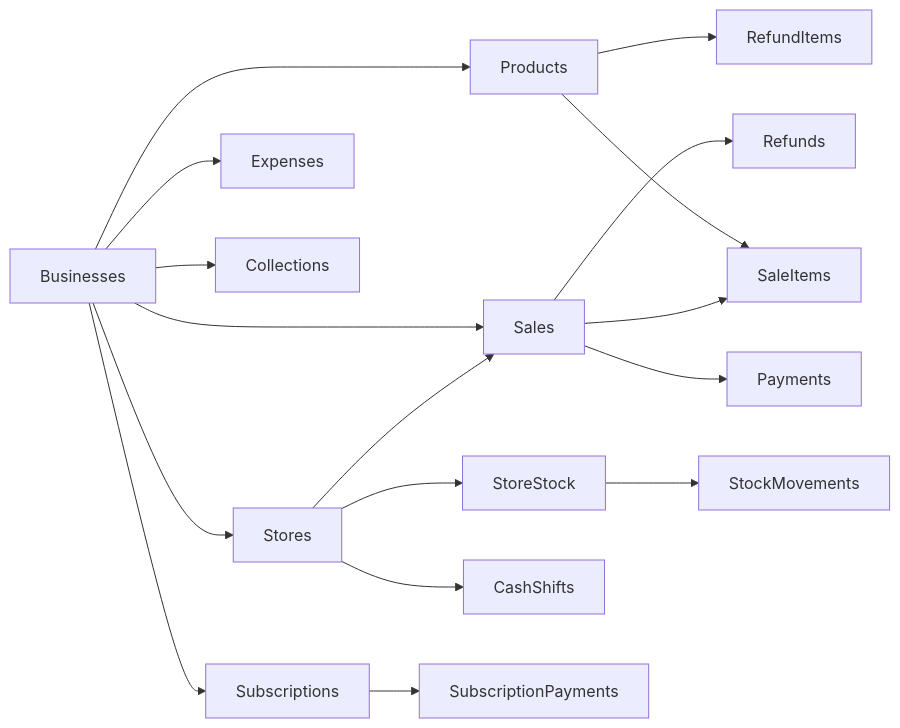
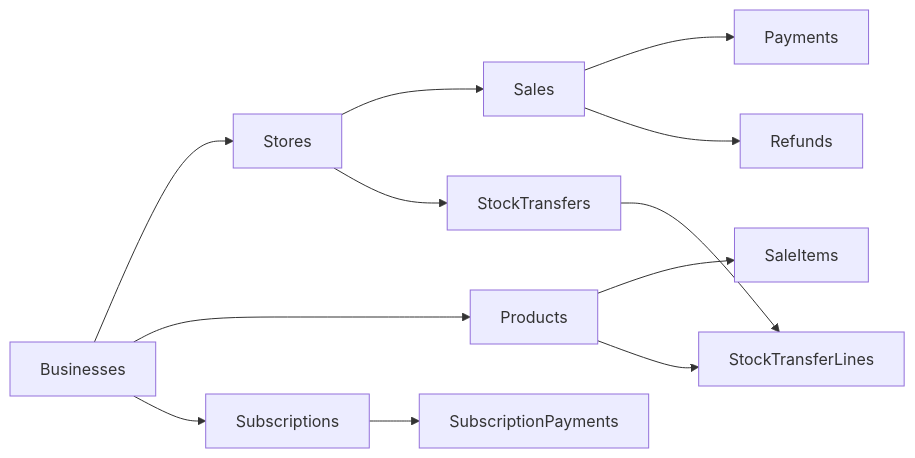
Before and after one commit to themclloyd/storq: the fourth of 4 diagrams in .qoder/repowiki/en/content/Database Schema Design.md, drawn with Mermaid. The commit also changed other lines of this file and 45 other files, not shown here.

First line of the commit message:
feat(database): enhance POS schema with security and retail operations

````diff
--- a/.qoder/repowiki/en/content/Database Schema Design.md
+++ b/.qoder/repowiki/en/content/Database Schema Design.md
@@ -576,19 +241,14 @@
 ```mermaid
 graph LR
 Businesses --> Stores
 Businesses --> Products
-Businesses --> Sales
-Businesses --> Expenses
-Businesses --> Collections
 Businesses --> Subscriptions
 Stores --> Sales
-Stores --> StoreStock
-Stores --> CashShifts
+Stores --> StockTransfers
 Products --> SaleItems
-Products --> RefundItems
-Sales --> SaleItems
+Products --> StockTransferLines
 Sales --> Payments
 Sales --> Refunds
-StoreStock --> StockMovements
+StockTransfers --> StockTransferLines
 Subscriptions --> SubscriptionPayments
 ```
````
